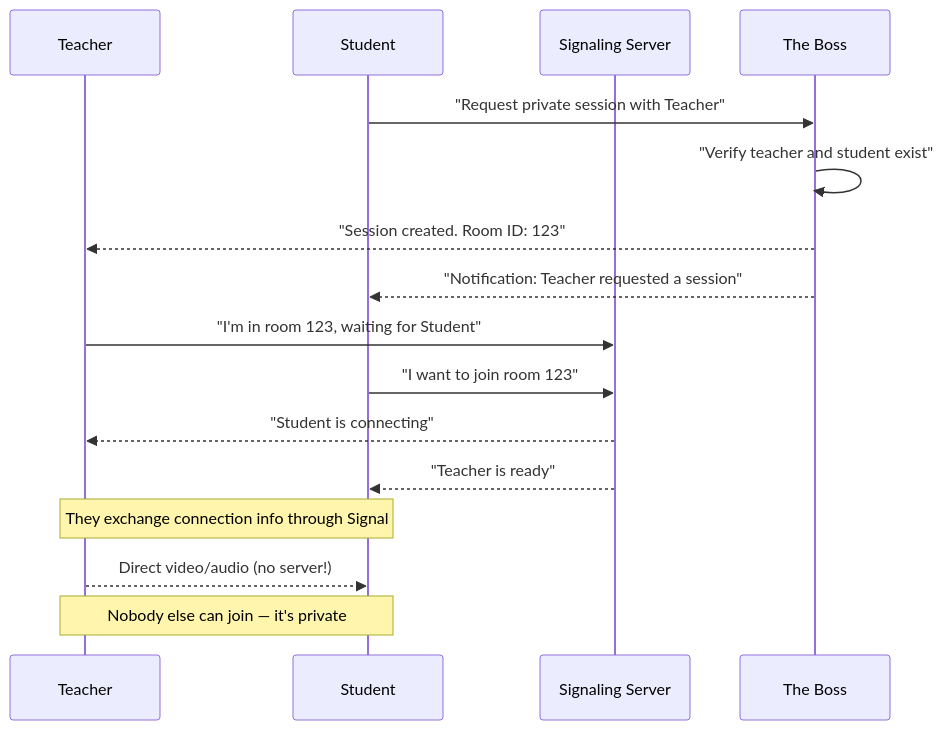
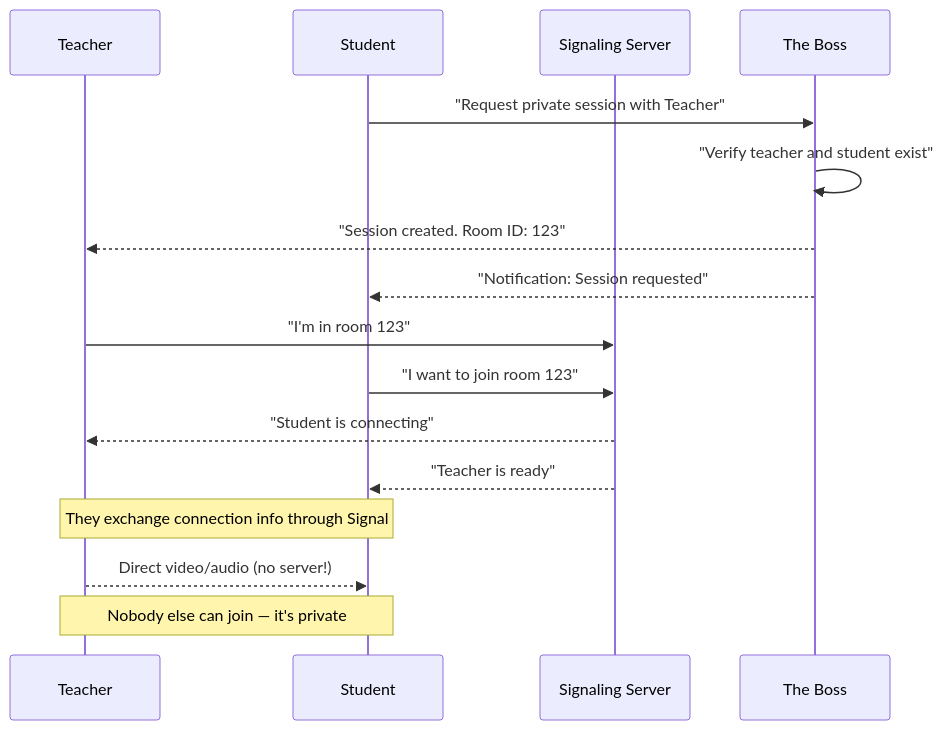
One commit to Ahmed-yasser86/Ahmedrix-Educational-Platfrom-Ecosystem changed diagram 11 of 14 in README.md. Above: the diagram before and after it, drawn with Mermaid. The commit also changed other lines of this file, not shown here.

````diff
--- a/README.md
+++ b/README.md
@@ -524,24 +490,24 @@
 ```mermaid
 sequenceDiagram
     participant Teacher
     participant Student
     participant Signal as Signaling Server
     participant API as The Boss
 
     Student->>API: "Request private session with Teacher"
     API->>API: "Verify teacher and student exist"
     API-->>Teacher: "Session created. Room ID: 123"
-    API-->>Student: "Notification: Teacher requested a session"
+    API-->>Student: "Notification: Session requested"
     
-    Teacher->>Signal: "I'm in room 123, waiting for Student"
+    Teacher->>Signal: "I'm in room 123"
     Student->>Signal: "I want to join room 123"
     
     Signal-->>Teacher: "Student is connecting"
     Signal-->>Student: "Teacher is ready"
     
     Note over Teacher,Student: They exchange connection info through Signal
     
     Teacher-->>Student: Direct video/audio (no server!)
     
     Note over Teacher,Student: Nobody else can join — it's private
 ```
````
